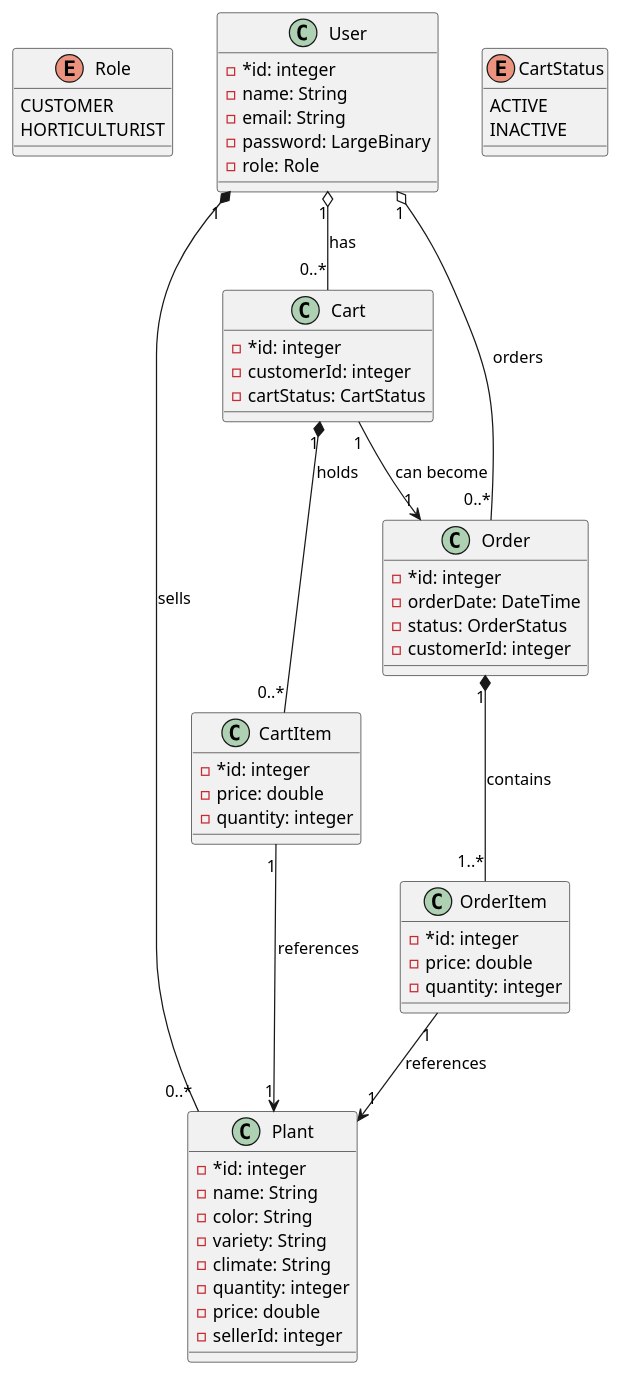
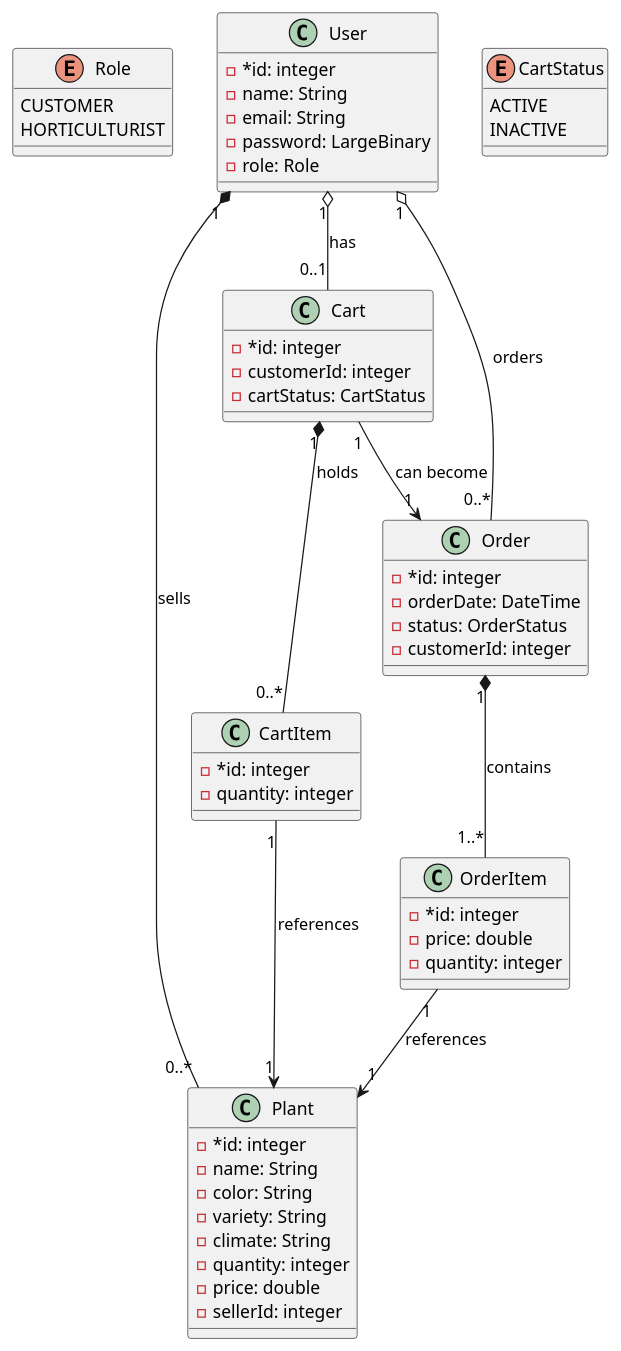
One commit to cs-rrcc/plant-shop changed the diagram in uml/class_diagram.wsd. Above: the diagram before and after it, drawn with PlantUML. The commit also changed 1 other file, not shown here.

Commit message:
Added cart and cart item models and fixed relationships to use backpopulates and not backref.

```diff
--- a/uml/class_diagram.wsd
+++ b/uml/class_diagram.wsd
@@ -1,69 +1,68 @@
 @startuml UnbeleafableObjects
 
 enum Role{
     CUSTOMER
     HORTICULTURIST
 }
 
 class User {
     - *id: integer
     - name: String
     - email: String
     - password: LargeBinary
     - role: Role
 }
 
 class Plant {
     - *id: integer
     - name: String
     - color: String
     - variety: String
     - climate: String
     - quantity: integer
     - price: double
     - sellerId: integer
 }
 
 enum CartStatus {
     ACTIVE
     INACTIVE
 }
 
 class Cart {
     - *id: integer
     - customerId: integer
     - cartStatus: CartStatus
 }
 
 class CartItem {
     - *id: integer
-    - price: double
     - quantity: integer
 }
 
 class Order {
     - *id: integer
     - orderDate: DateTime
     - status: OrderStatus
     - customerId: integer
 }
 
 class OrderItem {
     - *id: integer
     - price: double
     - quantity: integer
 }
 
 User "1" *-- "0..*" Plant: sells
-User "1" o-- "0..*" Cart : has
+User "1" o-- "0..1" Cart : has
 User "1" o-- "0..*" Order: orders
 
 Cart "1" *-- "0..*" CartItem : holds
 CartItem "1" --> "1" Plant : references
 
 Cart "1" --> "1" Order: can become
 
 Order "1" *-- "1..*" OrderItem: contains
 OrderItem "1" --> "1" Plant: references
 
 @enduml
```
